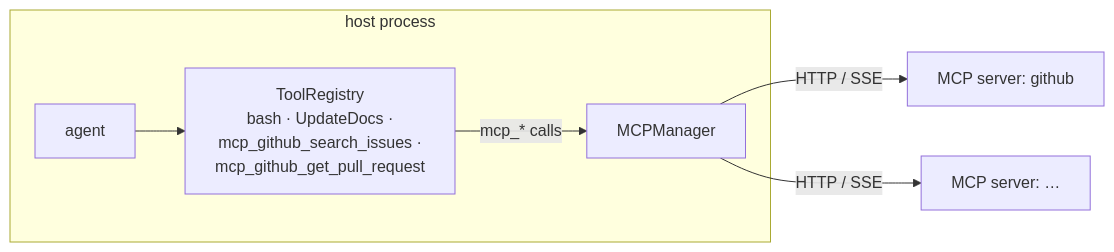
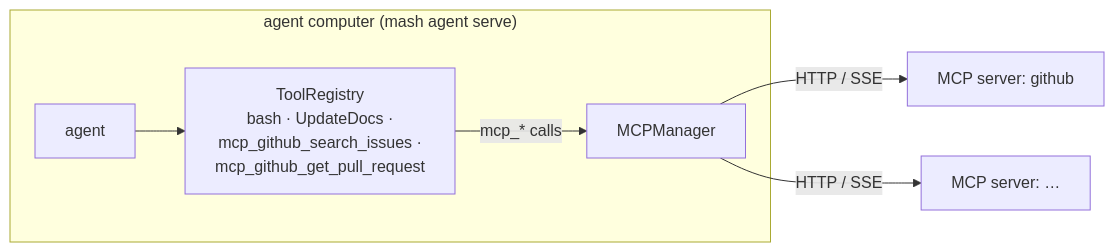
The diagram in docs/posts/remote-tools-mcp.md (imsid/mashpy), drawn with Mermaid before and after one commit. The commit also changed other lines of this file and 16 other files, not shown here.

````diff
--- a/docs/posts/remote-tools-mcp.md
+++ b/docs/posts/remote-tools-mcp.md
@@ -50,12 +50,12 @@
 ```mermaid
 flowchart LR
-    subgraph host ["host process"]
+    subgraph computer ["agent computer (mash agent serve)"]
         A["agent"]
         R["ToolRegistry\nbash · UpdateDocs ·\nmcp_github_search_issues ·\nmcp_github_get_pull_request"]
         M["MCPManager"]
         A --> R
         R -- "mcp_* calls" --> M
     end
     M -- "HTTP / SSE" --> S1["MCP server: github"]
     M -- "HTTP / SSE" --> S2["MCP server: …"]
 ```
````
